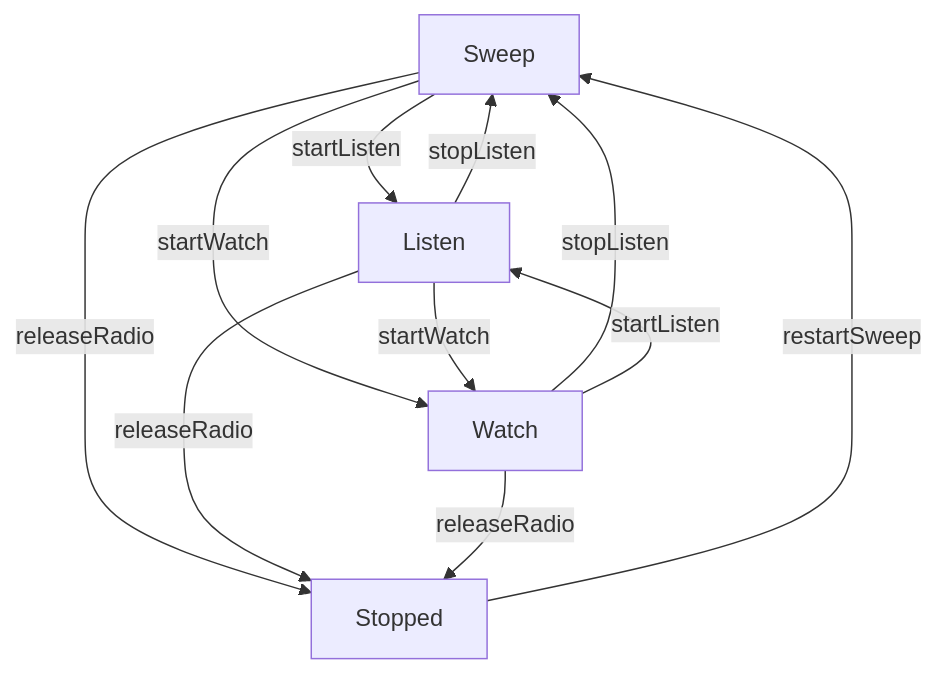
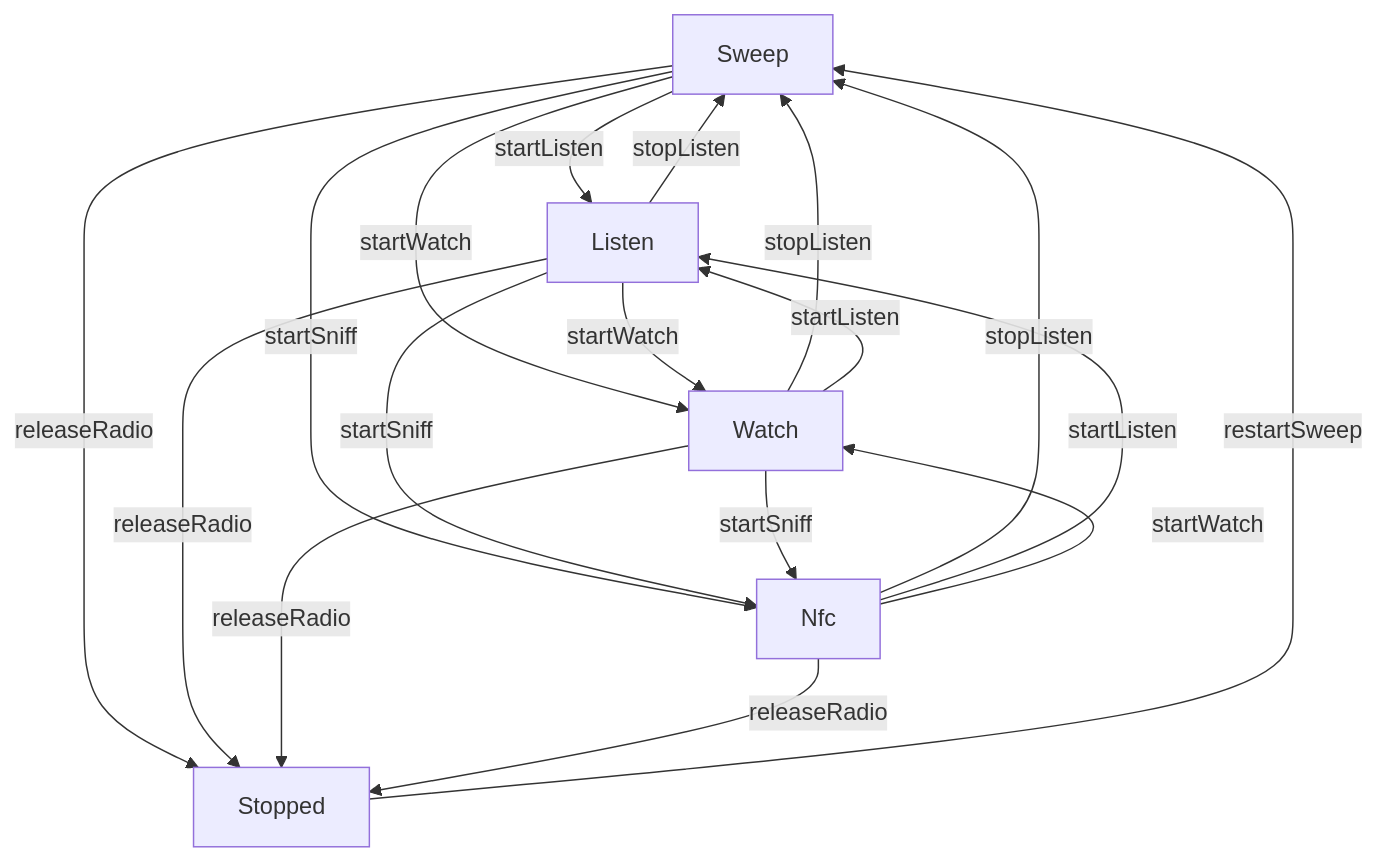
One commit to chris-piekarski/hot-iron changed the second of 7 diagrams in docs/architecture.md. Above: the diagram before and after it, drawn with Mermaid. The commit also changed other lines of this file and 55 other files, not shown here.

First line of the commit message:
Add parked NFC Sniff so the same HackRF can decode Type A/B frames.

````diff
--- a/docs/architecture.md
+++ b/docs/architecture.md
@@ -88,13 +88,20 @@
 ```mermaid
 flowchart TD
     Sweep -->|startListen| Listen
     Sweep -->|startWatch| Watch
+    Sweep -->|startSniff| Nfc
     Sweep -->|releaseRadio| Stopped
     Listen -->|stopListen| Sweep
     Watch -->|stopListen| Sweep
+    Nfc -->|stopListen| Sweep
     Listen -->|startWatch| Watch
     Watch -->|startListen| Listen
+    Listen -->|startSniff| Nfc
+    Watch -->|startSniff| Nfc
+    Nfc -->|startListen| Listen
+    Nfc -->|startWatch| Watch
     Listen -->|releaseRadio| Stopped
     Watch -->|releaseRadio| Stopped
+    Nfc -->|releaseRadio| Stopped
     Stopped -->|restartSweep| Sweep
 ```
````
